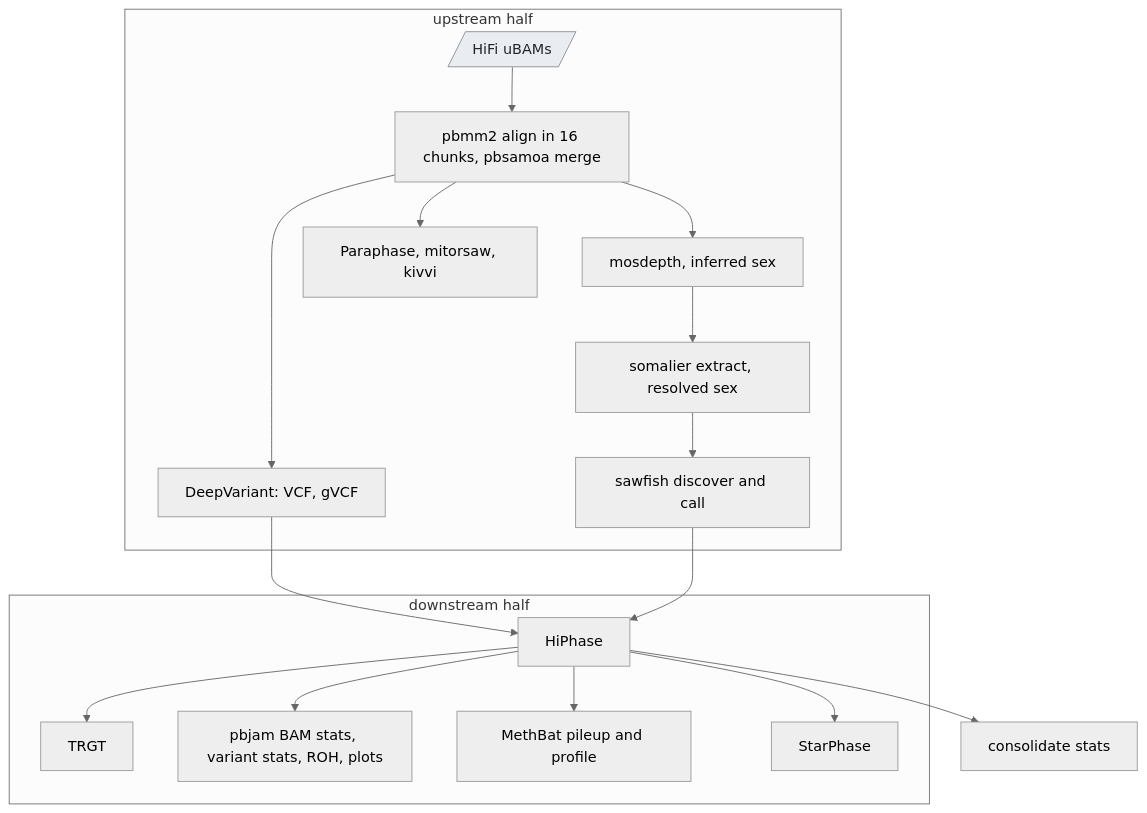
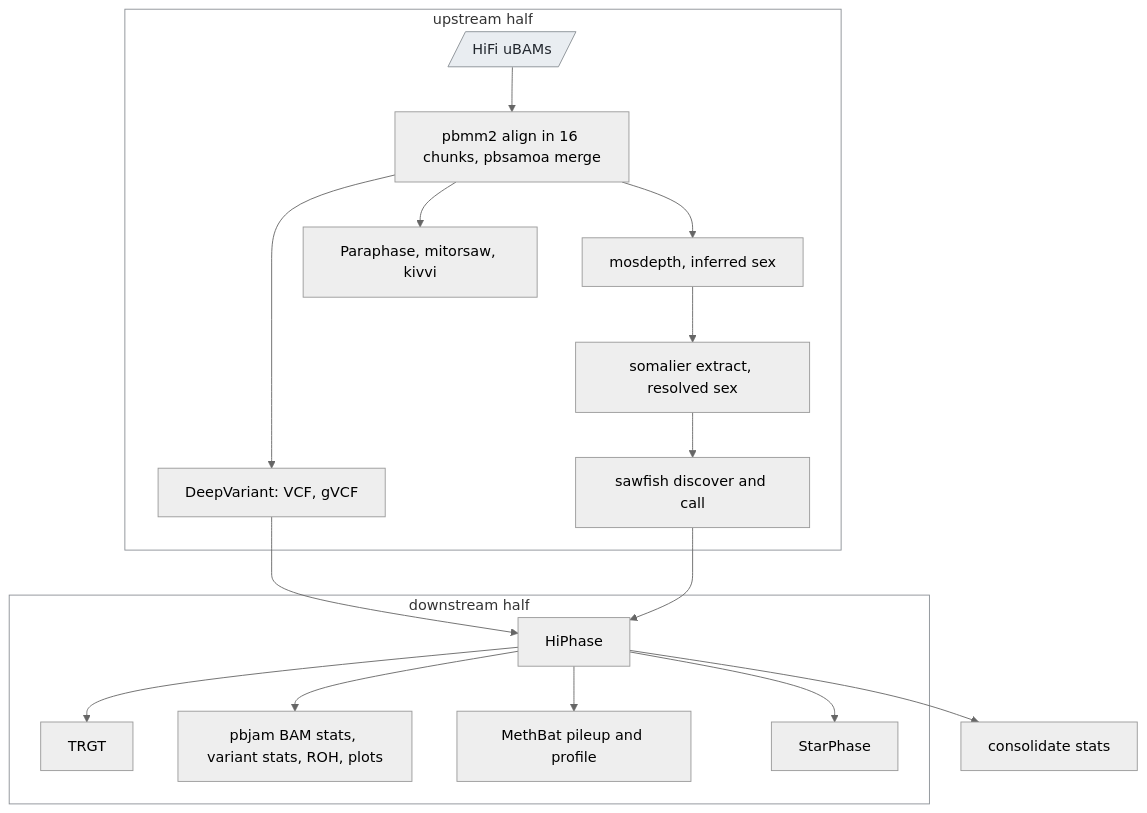
The diagram in docs/guide/stages/singleton.md (UppsalaGenomeCenter/ugc-wgw), drawn with Mermaid (neutral theme) before and after one commit. The commit also changed 19 other files, not shown here.

````diff
--- a/docs/guide/stages/singleton.md
+++ b/docs/guide/stages/singleton.md
@@ -17,21 +17,23 @@
 ```mermaid
 flowchart TD
   subgraph a["upstream half"]
     ubam[/"HiFi uBAMs"/]:::data --> pbmm2["pbmm2 align in 16 chunks, pbsamoa merge"]
     pbmm2 --> mos["mosdepth, inferred sex"]
     mos --> sex["somalier extract, resolved sex"]
     pbmm2 --> dv["DeepVariant: VCF, gVCF"]
     sex --> sd["sawfish discover and call"]
     pbmm2 --> pm["Paraphase, mitorsaw, kivvi"]
   end
   subgraph b["downstream half"]
     hp["HiPhase"] --> trgt["TRGT"]
     hp --> st["pbjam BAM stats, variant stats, ROH, plots"]
     hp --> cpg["MethBat pileup and profile"]
     hp --> pgx["StarPhase"]
   end
   dv --> hp
   sd --> hp
   hp --> cs["consolidate stats"]
   classDef data fill:#e9edf1,stroke:#8a8f95,color:#22272e
+  classDef box fill:none,stroke:#8a8f95
+  class a,b box
 ```
````
